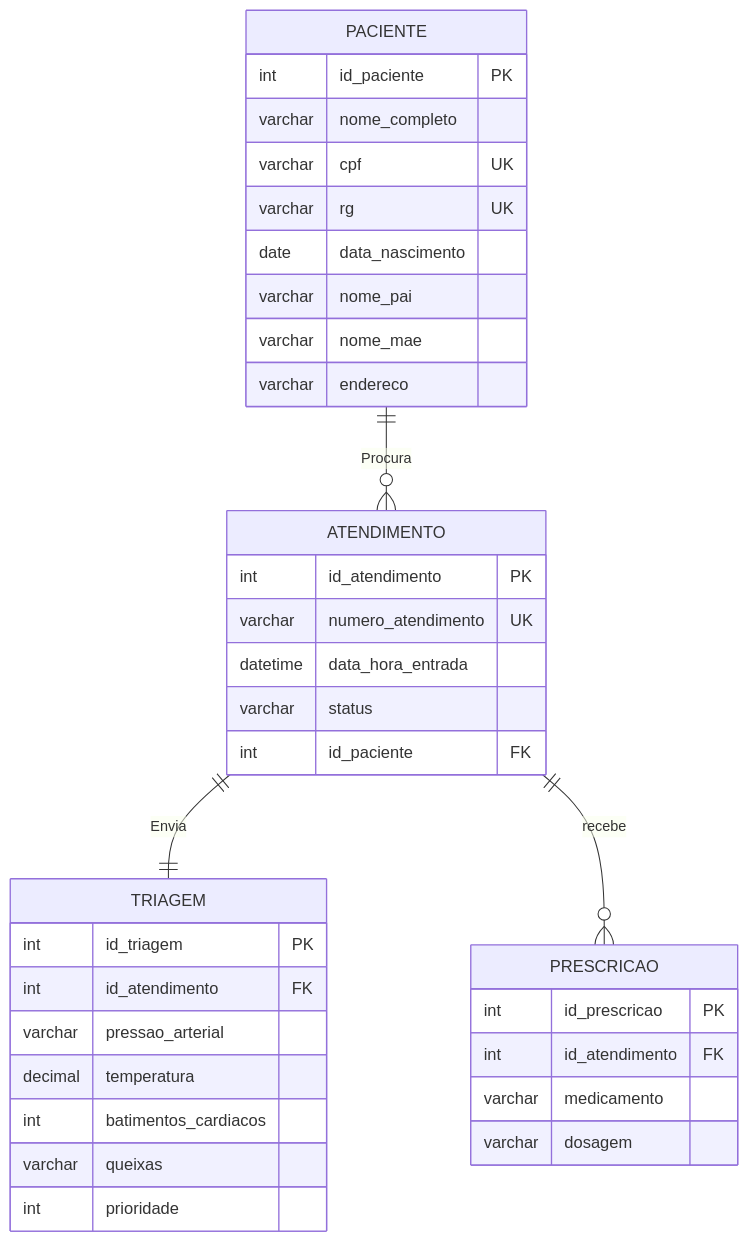
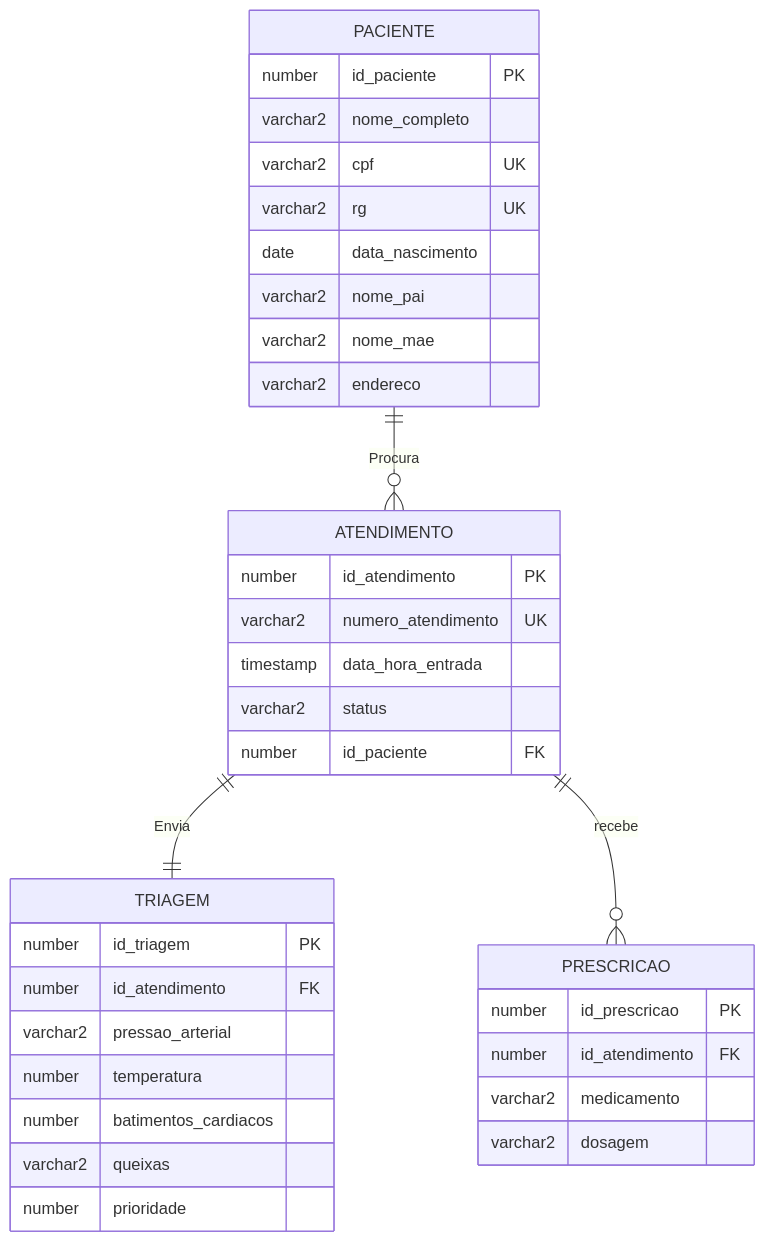
Before and after one commit to OtavioFelix-in/Projeto-Integrador2: the diagram in README.md, drawn with Mermaid. The commit also changed other lines of this file and 3 other files, not shown here.

````diff
--- a/README.md
+++ b/README.md
@@ -21,42 +21,42 @@
 ```mermaid
 erDiagram
     PACIENTE ||--o{ ATENDIMENTO : Procura
     ATENDIMENTO ||--|| TRIAGEM : Envia
     ATENDIMENTO ||--o{ PRESCRICAO : recebe
 
     PACIENTE {
-        int id_paciente PK
-        varchar nome_completo
-        varchar cpf UK
-        varchar rg UK
+        number id_paciente PK
+        varchar2 nome_completo
+        varchar2 cpf UK
+        varchar2 rg UK
         date data_nascimento
-        varchar nome_pai
-        varchar nome_mae
-        varchar endereco
+        varchar2 nome_pai
+        varchar2 nome_mae
+        varchar2 endereco
     }
 
     ATENDIMENTO {
-        int id_atendimento PK
-        varchar numero_atendimento UK
-        datetime data_hora_entrada
-        varchar status
-        int id_paciente FK
+        number id_atendimento PK
+        varchar2 numero_atendimento UK
+        timestamp data_hora_entrada
+        varchar2 status
+        number id_paciente FK
     }
 
     TRIAGEM {
-        int id_triagem PK
-        int id_atendimento FK
-        varchar pressao_arterial
-        decimal temperatura
-        int batimentos_cardiacos
-        varchar queixas
-        int prioridade
+        number id_triagem PK
+        number id_atendimento FK
+        varchar2 pressao_arterial
+        number temperatura
+        number batimentos_cardiacos
+        varchar2 queixas
+        number prioridade
     }
 
     PRESCRICAO {
-        int id_prescricao PK
-        int id_atendimento FK
-        varchar medicamento
-        varchar dosagem
+        number id_prescricao PK
+        number id_atendimento FK
+        varchar2 medicamento
+        varchar2 dosagem
     }
 ```
````
